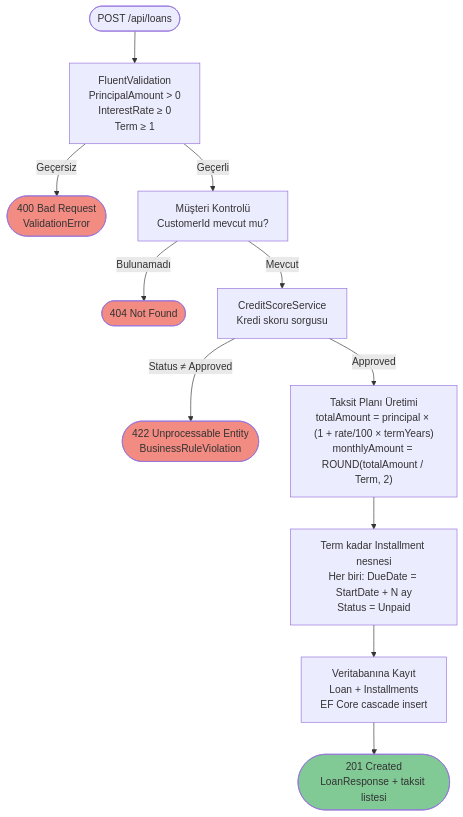
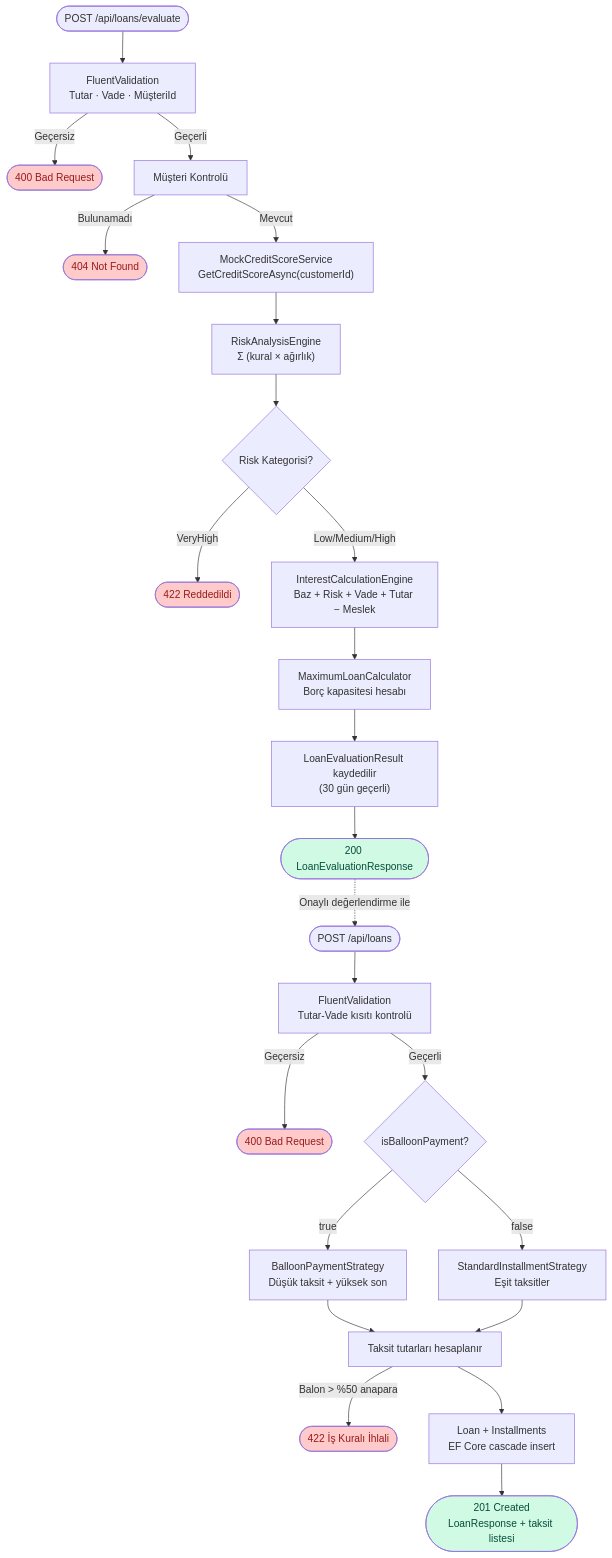
Before and after one commit to js-lover/credit-case: the seventh of 8 diagrams in README.md, drawn with Mermaid. The commit also changed other lines of this file and 2 other files, not shown here.

First line of the commit message:
docs: expand documentation with mermaid diagrams, interest engine and mock service details

````diff
--- a/README.md
+++ b/README.md
@@ -397,18 +793,36 @@
 ```mermaid
 flowchart TD
-    A([POST /api/loans]) --> B["FluentValidation\nPrincipalAmount > 0\nInterestRate ≥ 0\nTerm ≥ 1"]
-    B -->|Geçersiz| C([400 Bad Request\nValidationError])
-    B -->|Geçerli| D[Müşteri Kontrolü\nCustomerId mevcut mu?]
-    D -->|Bulunamadı| E([404 Not Found])
-    D -->|Mevcut| F[CreditScoreService\nKredi skoru sorgusu]
-    F -->|Status ≠ Approved| G([422 Unprocessable Entity\nBusinessRuleViolation])
-    F -->|Approved| H["Taksit Planı Üretimi\ntotalAmount = principal × (1 + rate/100 × termYears)\nmonthlyAmount = ROUND(totalAmount / Term, 2)"]
-    H --> I["Term kadar Installment nesnesi\nHer biri: DueDate = StartDate + N ay\nStatus = Unpaid"]
-    I --> J[Veritabanına Kayıt\nLoan + Installments\nEF Core cascade insert]
-    J --> K([201 Created\nLoanResponse + taksit listesi])
+    A([POST /api/loans/evaluate]) --> B["FluentValidation\nTutar · Vade · MüşteriId"]
+    B -->|Geçersiz| ERR1([400 Bad Request])
+    B -->|Geçerli| C[Müşteri Kontrolü]
+    C -->|Bulunamadı| ERR2([404 Not Found])
+    C -->|Mevcut| D["MockCreditScoreService\nGetCreditScoreAsync(customerId)"]
+    D --> E["RiskAnalysisEngine\nΣ (kural × ağırlık)"]
+    E --> F{Risk Kategorisi?}
+    F -->|VeryHigh| ERR3([422 Reddedildi])
+    F -->|Low/Medium/High| G["InterestCalculationEngine\nBaz + Risk + Vade + Tutar − Meslek"]
+    G --> H["MaximumLoanCalculator\nBorç kapasitesi hesabı"]
+    H --> I["LoanEvaluationResult kaydedilir\n(30 gün geçerli)"]
+    I --> J([200 LoanEvaluationResponse])
 
-    style C fill:#f28b82
-    style E fill:#f28b82
-    style G fill:#f28b82
-    style K fill:#81c995
+    J -.->|Onaylı değerlendirme ile| K
+
+    K([POST /api/loans]) --> L["FluentValidation\nTutar-Vade kısıtı kontrolü"]
+    L -->|Geçersiz| ERR4([400 Bad Request])
+    L -->|Geçerli| M{isBalloonPayment?}
+    M -->|true| N[BalloonPaymentStrategy\nDüşük taksit + yüksek son]
+    M -->|false| O[StandardInstallmentStrategy\nEşit taksitler]
+    N --> P[Taksit tutarları hesaplanır]
+    O --> P
+    P -->|Balon > %50 anapara| ERR5([422 İş Kuralı İhlali])
+    P --> Q["Loan + Installments\nEF Core cascade insert"]
+    Q --> R([201 Created\nLoanResponse + taksit listesi])
+
+    style ERR1 fill:#fecaca,color:#991b1b
+    style ERR2 fill:#fecaca,color:#991b1b
+    style ERR3 fill:#fecaca,color:#991b1b
+    style ERR4 fill:#fecaca,color:#991b1b
+    style ERR5 fill:#fecaca,color:#991b1b
+    style J fill:#d1fae5,color:#064e3b
+    style R fill:#d1fae5,color:#064e3b
 ```
````
